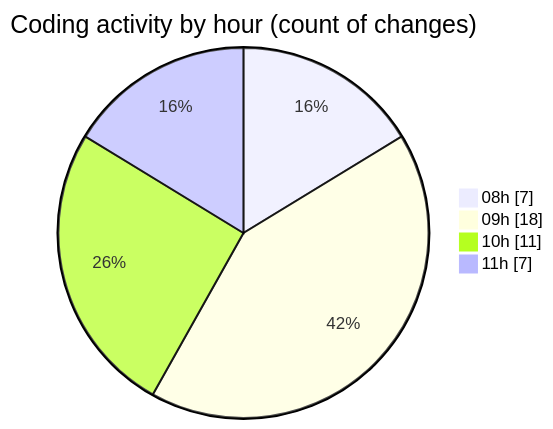
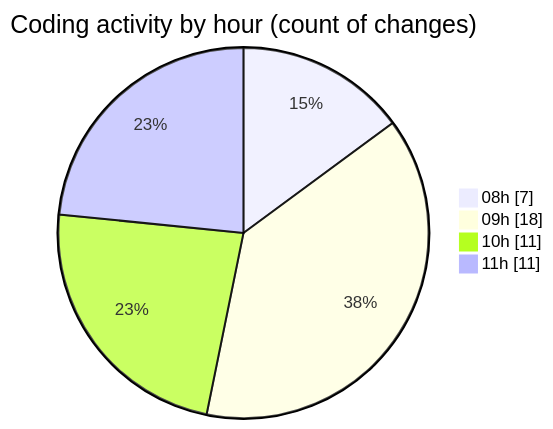
Before and after one commit to momahboobian/code-tracking: the second of 2 diagrams in 2025-11-11/cda/README.md, drawn with Mermaid. The commit also changed other lines of this file and 1 other file, not shown here.

````diff
--- a/2025-11-11/cda/README.md
+++ b/2025-11-11/cda/README.md
@@ -32,8 +32,8 @@
 ```mermaid
 pie showData
 title Coding activity by hour (count of changes)
 "08h" : 7
 "09h" : 18
 "10h" : 11
-"11h" : 7
+"11h" : 11
 ```
````
